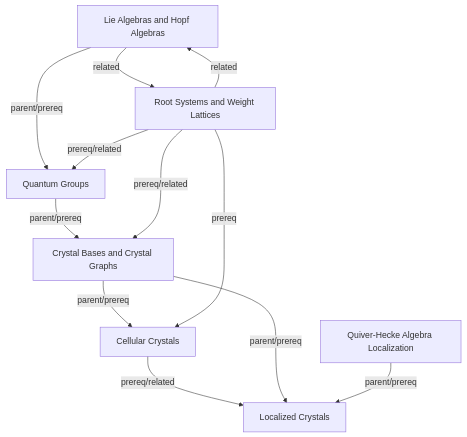
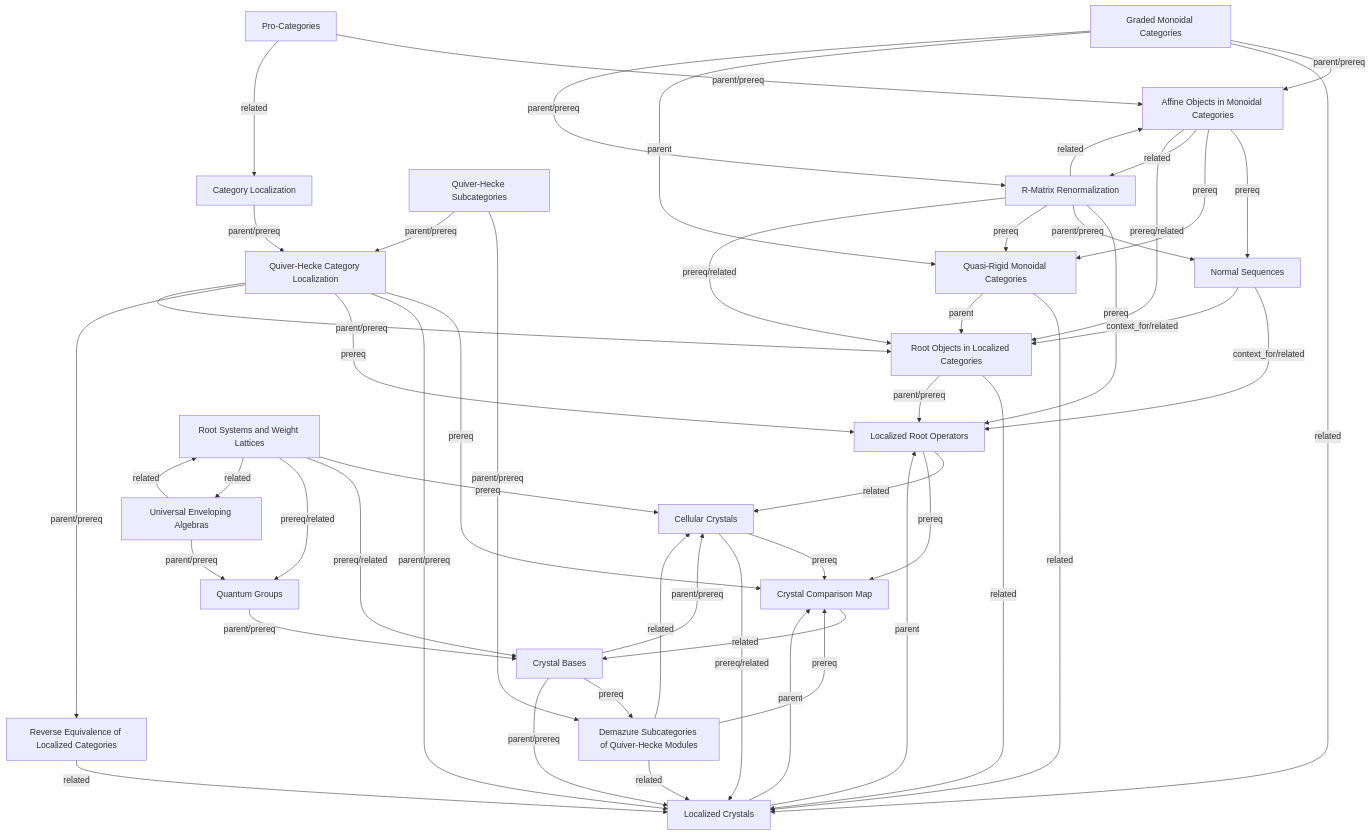
Before and after one commit to JungW-S/quartz: the diagram in content/maps/crystal-bases-map.md, drawn with Mermaid. The commit also changed other lines of this file and 116 other files, not shown here.

````diff
--- a/content/maps/crystal-bases-map.md
+++ b/content/maps/crystal-bases-map.md
@@ -7,21 +5,73 @@
 ```mermaid
 flowchart TD
+  affine_objects_in_monoidal_categories["Affine Objects in Monoidal Categories"]
+  category_localization["Category Localization"]
   cellular_crystals["Cellular Crystals"]
-  crystal_bases["Crystal Bases and Crystal Graphs"]
-  lie_algebras_and_hopf_algebras["Lie Algebras and Hopf Algebras"]
+  crystal_bases["Crystal Bases"]
+  crystal_comparison_map["Crystal Comparison Map"]
+  demazure_subcategories_of_quiver_hecke_modules["Demazure Subcategories of Quiver-Hecke Modules"]
+  graded_monoidal_categories["Graded Monoidal Categories"]
   localized_crystals["Localized Crystals"]
+  localized_root_operators["Localized Root Operators"]
+  normal_sequences["Normal Sequences"]
+  pro_categories["Pro-Categories"]
   quantum_groups["Quantum Groups"]
-  quiver_hecke_algebra_localization["Quiver-Hecke Algebra Localization"]
+  quasi_rigid_monoidal_categories["Quasi-Rigid Monoidal Categories"]
+  quiver_hecke_category_localization["Quiver-Hecke Category Localization"]
+  quiver_hecke_subcategories["Quiver-Hecke Subcategories"]
+  r_matrix_renormalization["R-Matrix Renormalization"]
+  reverse_equivalence_of_localized_categories["Reverse Equivalence of Localized Categories"]
+  root_objects_in_localized_categories["Root Objects in Localized Categories"]
   root_systems_and_weight_lattices["Root Systems and Weight Lattices"]
+  universal_enveloping_algebras["Universal Enveloping Algebras"]
+  affine_objects_in_monoidal_categories -->|prereq| normal_sequences
+  affine_objects_in_monoidal_categories -->|prereq| quasi_rigid_monoidal_categories
+  affine_objects_in_monoidal_categories -->|related| r_matrix_renormalization
+  affine_objects_in_monoidal_categories -->|prereq/related| root_objects_in_localized_categories
+  category_localization -->|parent/prereq| quiver_hecke_category_localization
+  cellular_crystals -->|prereq| crystal_comparison_map
   cellular_crystals -->|prereq/related| localized_crystals
   crystal_bases -->|parent/prereq| cellular_crystals
+  crystal_bases -->|prereq| demazure_subcategories_of_quiver_hecke_modules
   crystal_bases -->|parent/prereq| localized_crystals
-  lie_algebras_and_hopf_algebras -->|parent/prereq| quantum_groups
-  lie_algebras_and_hopf_algebras -->|related| root_systems_and_weight_lattices
+  crystal_comparison_map -->|related| crystal_bases
+  demazure_subcategories_of_quiver_hecke_modules -->|related| cellular_crystals
+  demazure_subcategories_of_quiver_hecke_modules -->|prereq| crystal_comparison_map
+  demazure_subcategories_of_quiver_hecke_modules -->|related| localized_crystals
+  graded_monoidal_categories -->|parent/prereq| affine_objects_in_monoidal_categories
+  graded_monoidal_categories -->|related| localized_crystals
+  graded_monoidal_categories -->|parent| quasi_rigid_monoidal_categories
+  graded_monoidal_categories -->|parent/prereq| r_matrix_renormalization
+  localized_crystals -->|parent| crystal_comparison_map
+  localized_crystals -->|parent| localized_root_operators
+  localized_root_operators -->|related| cellular_crystals
+  localized_root_operators -->|prereq| crystal_comparison_map
+  normal_sequences -->|context_for/related| localized_root_operators
+  normal_sequences -->|context_for/related| root_objects_in_localized_categories
+  pro_categories -->|parent/prereq| affine_objects_in_monoidal_categories
+  pro_categories -->|related| category_localization
   quantum_groups -->|parent/prereq| crystal_bases
-  quiver_hecke_algebra_localization -->|parent/prereq| localized_crystals
+  quasi_rigid_monoidal_categories -->|related| localized_crystals
+  quasi_rigid_monoidal_categories -->|parent| root_objects_in_localized_categories
+  quiver_hecke_category_localization -->|prereq| crystal_comparison_map
+  quiver_hecke_category_localization -->|parent/prereq| localized_crystals
+  quiver_hecke_category_localization -->|prereq| localized_root_operators
+  quiver_hecke_category_localization -->|parent/prereq| reverse_equivalence_of_localized_categories
+  quiver_hecke_category_localization -->|parent/prereq| root_objects_in_localized_categories
+  quiver_hecke_subcategories -->|parent/prereq| demazure_subcategories_of_quiver_hecke_modules
+  quiver_hecke_subcategories -->|parent/prereq| quiver_hecke_category_localization
+  r_matrix_renormalization -->|related| affine_objects_in_monoidal_categories
+  r_matrix_renormalization -->|prereq| localized_root_operators
+  r_matrix_renormalization -->|parent/prereq| normal_sequences
+  r_matrix_renormalization -->|prereq| quasi_rigid_monoidal_categories
+  r_matrix_renormalization -->|prereq/related| root_objects_in_localized_categories
+  reverse_equivalence_of_localized_categories -->|related| localized_crystals
+  root_objects_in_localized_categories -->|related| localized_crystals
+  root_objects_in_localized_categories -->|parent/prereq| localized_root_operators
   root_systems_and_weight_lattices -->|prereq| cellular_crystals
   root_systems_and_weight_lattices -->|prereq/related| crystal_bases
-  root_systems_and_weight_lattices -->|related| lie_algebras_and_hopf_algebras
   root_systems_and_weight_lattices -->|prereq/related| quantum_groups
+  root_systems_and_weight_lattices -->|related| universal_enveloping_algebras
+  universal_enveloping_algebras -->|parent/prereq| quantum_groups
+  universal_enveloping_algebras -->|related| root_systems_and_weight_lattices
 ```
````
